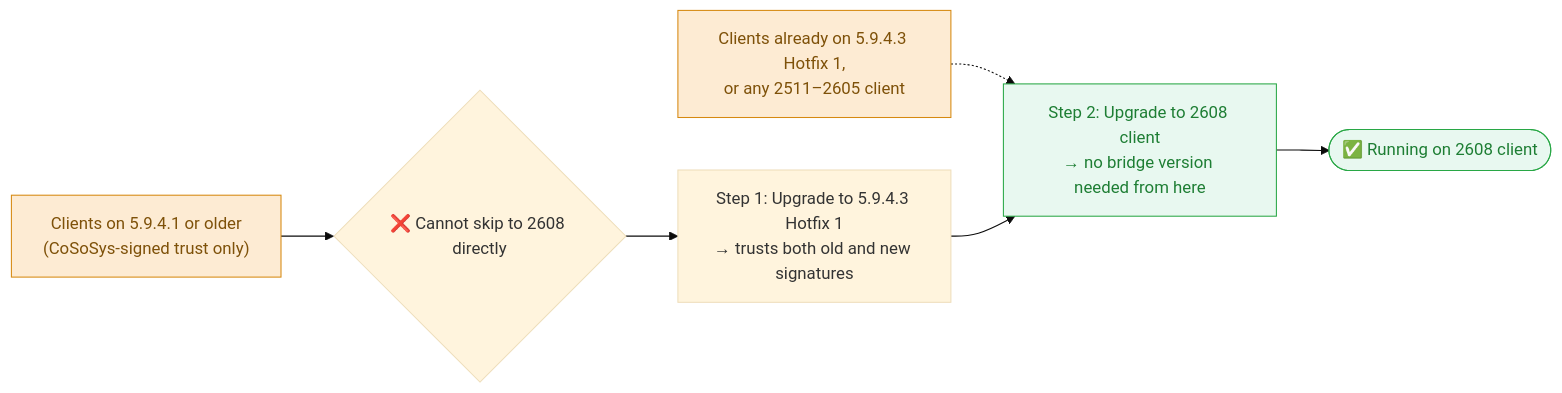
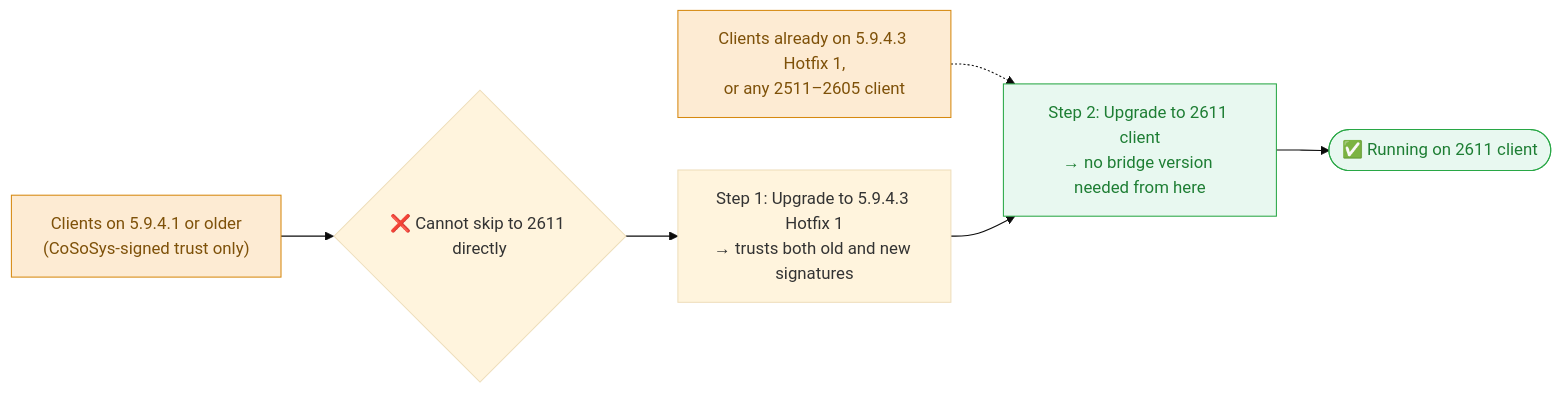
Before and after one commit to netwrix/docs: the diagram in docs/endpointprotector/install/migrationprocedure/clientupgrade.md, drawn with Mermaid (base theme). The commit also changed other lines of this file and 96 other files, not shown here.

````diff
--- a/docs/endpointprotector/install/migrationprocedure/clientupgrade.md
+++ b/docs/endpointprotector/install/migrationprocedure/clientupgrade.md
@@ -62,16 +62,16 @@
 ```mermaid
 flowchart LR
-    A["Clients on 5.9.4.1 or older<br/>(CoSoSys-signed trust only)"] --> X{"❌ Cannot skip to 2608 directly"}
+    A["Clients on 5.9.4.1 or older<br/>(CoSoSys-signed trust only)"] --> X{"❌ Cannot skip to 2611 directly"}
     X --> B["Step 1: Upgrade to 5.9.4.3 Hotfix 1<br/>→ trusts both old and new signatures"]
 
     D["Clients already on 5.9.4.3 Hotfix 1,<br/>or any 2511–2605 client"] -.-> Merge
 
-    B --> Merge["Step 2: Upgrade to 2608 client<br/>→ no bridge version needed from here"]
-    Merge --> Done(["✅ Running on 2608 client"])
+    B --> Merge["Step 2: Upgrade to 2611 client<br/>→ no bridge version needed from here"]
+    Merge --> Done(["✅ Running on 2611 client"])
 
     classDef startPoint fill:#fdebd3,stroke:#d68910,color:#7e5109
     classDef upgraded fill:#e8f8f0,stroke:#28a745,color:#1e7e34
 
     class A,D startPoint
     class Merge,Done upgraded
 ```
````
